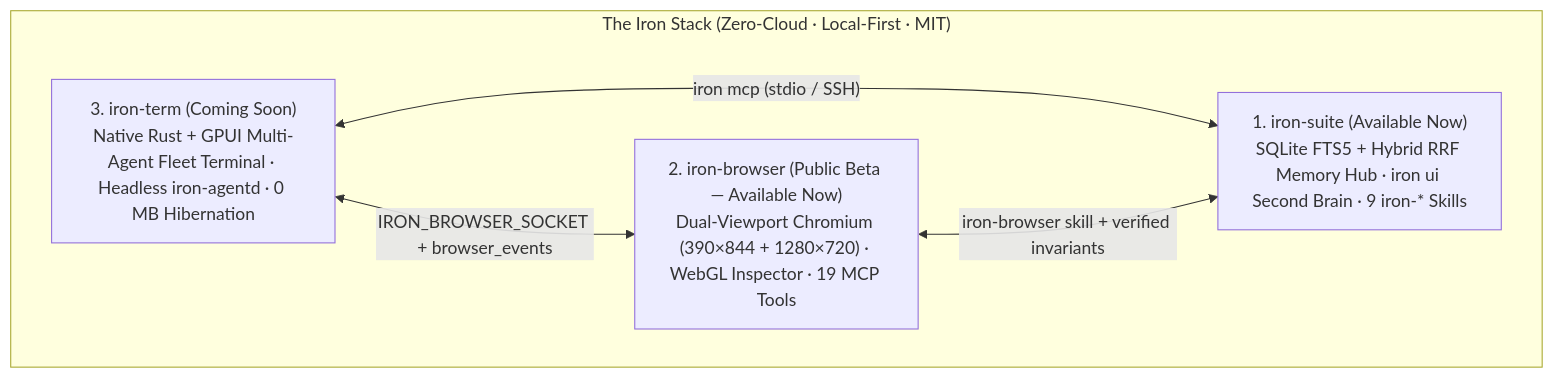
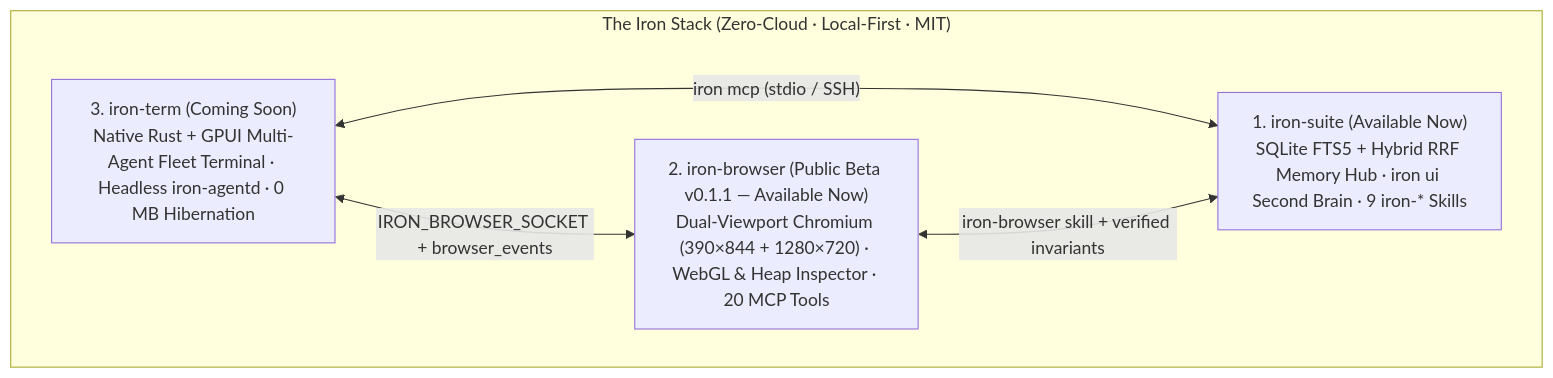
One commit to arielonoriaga/iron-suite changed the second of 2 diagrams in README.md. Above: the diagram before and after it, drawn with Mermaid. The commit also changed other lines of this file, not shown here.

Commit message:
docs(readme): update iron-browser section for v0.1.1 and 20th MCP tool browser_heap

````diff
--- a/README.md
+++ b/README.md
@@ -194,12 +194,12 @@
 ```mermaid
 flowchart TB
   subgraph Stack["The Iron Stack (Zero-Cloud · Local-First · MIT)"]
     Suite["1. iron-suite (Available Now)\nSQLite FTS5 + Hybrid RRF Memory Hub · iron ui Second Brain · 9 iron-* Skills"]
-    Browser["2. iron-browser (Public Beta — Available Now)\nDual-Viewport Chromium (390×844 + 1280×720) · WebGL Inspector · 19 MCP Tools"]
+    Browser["2. iron-browser (Public Beta v0.1.1 — Available Now)\nDual-Viewport Chromium (390×844 + 1280×720) · WebGL & Heap Inspector · 20 MCP Tools"]
     Term["3. iron-term (Coming Soon)\nNative Rust + GPUI Multi-Agent Fleet Terminal · Headless iron-agentd · 0 MB Hibernation"]
   end
 
   Term <-->|"iron mcp (stdio / SSH)"| Suite
   Term <-->|"IRON_BROWSER_SOCKET + browser_events"| Browser
   Browser <-->|"iron-browser skill + verified invariants"| Suite
 ```
````
